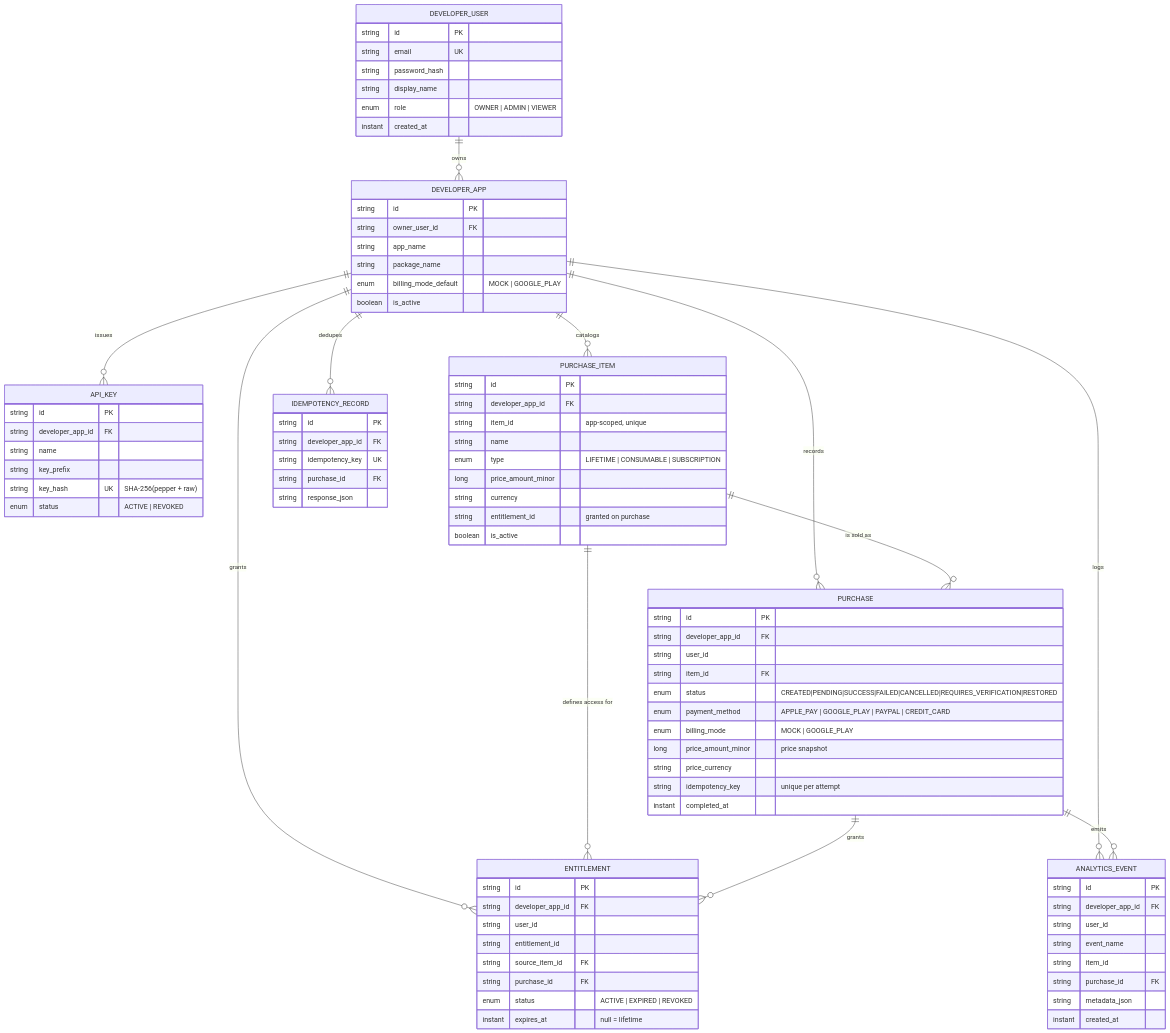
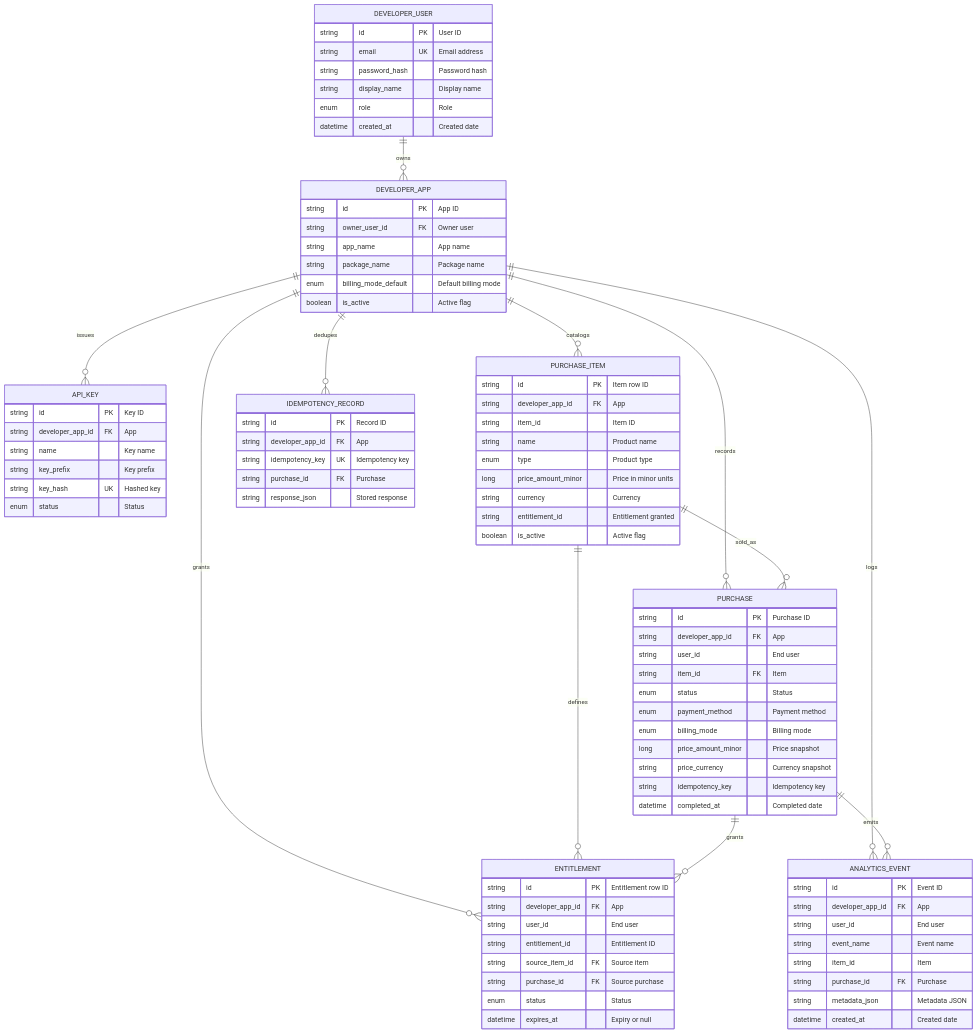
The diagram in README.md (ofekgki/IAPManagement), drawn with Mermaid before and after one commit. The commit also changed other lines of this file, not shown here.

Commit message:
Update ER diagram formatting and move enum definitions to a separate table

````diff
--- a/README.md
+++ b/README.md
@@ -141,90 +141,90 @@
 ```mermaid
 erDiagram
-    DEVELOPER_USER   ||--o{ DEVELOPER_APP      : "owns"
-    DEVELOPER_APP    ||--o{ API_KEY            : "issues"
-    DEVELOPER_APP    ||--o{ PURCHASE_ITEM      : "catalogs"
-    DEVELOPER_APP    ||--o{ PURCHASE           : "records"
-    DEVELOPER_APP    ||--o{ ENTITLEMENT        : "grants"
-    DEVELOPER_APP    ||--o{ ANALYTICS_EVENT    : "logs"
-    DEVELOPER_APP    ||--o{ IDEMPOTENCY_RECORD : "dedupes"
-    PURCHASE_ITEM    ||--o{ PURCHASE           : "is sold as"
-    PURCHASE_ITEM    ||--o{ ENTITLEMENT        : "defines access for"
-    PURCHASE         ||--o{ ENTITLEMENT        : "grants"
-    PURCHASE         ||--o{ ANALYTICS_EVENT    : "emits"
+    DEVELOPER_USER   ||--o{ DEVELOPER_APP      : owns
+    DEVELOPER_APP    ||--o{ API_KEY            : issues
+    DEVELOPER_APP    ||--o{ PURCHASE_ITEM      : catalogs
+    DEVELOPER_APP    ||--o{ PURCHASE           : records
+    DEVELOPER_APP    ||--o{ ENTITLEMENT        : grants
+    DEVELOPER_APP    ||--o{ ANALYTICS_EVENT    : logs
+    DEVELOPER_APP    ||--o{ IDEMPOTENCY_RECORD : dedupes
+    PURCHASE_ITEM    ||--o{ PURCHASE           : sold_as
+    PURCHASE_ITEM    ||--o{ ENTITLEMENT        : defines
+    PURCHASE         ||--o{ ENTITLEMENT        : grants
+    PURCHASE         ||--o{ ANALYTICS_EVENT    : emits
 
     DEVELOPER_USER {
-        string id PK
-        string email UK
-        string password_hash
-        string display_name
-        enum   role "OWNER | ADMIN | VIEWER"
-        instant created_at
+        string   id            PK "User ID"
+        string   email         UK "Email address"
+        string   password_hash    "Password hash"
+        string   display_name     "Display name"
+        enum     role             "Role"
+        datetime created_at        "Created date"
     }
     DEVELOPER_APP {
-        string id PK
-        string owner_user_id FK
-        string app_name
-        string package_name
-        enum   billing_mode_default "MOCK | GOOGLE_PLAY"
-        boolean is_active
+        string   id                  PK "App ID"
+        string   owner_user_id       FK "Owner user"
+        string   app_name               "App name"
+        string   package_name           "Package name"
+        enum     billing_mode_default   "Default billing mode"
+        boolean  is_active              "Active flag"
     }
     API_KEY {
-        string id PK
-        string developer_app_id FK
-        string name
-        string key_prefix
-        string key_hash UK "SHA-256(pepper + raw)"
-        enum   status "ACTIVE | REVOKED"
+        string   id               PK "Key ID"
+        string   developer_app_id FK "App"
+        string   name                "Key name"
+        string   key_prefix          "Key prefix"
+        string   key_hash         UK "Hashed key"
+        enum     status              "Status"
     }
     PURCHASE_ITEM {
-        string id PK
-        string developer_app_id FK
-        string item_id "app-scoped, unique"
-        string name
-        enum   type "LIFETIME | CONSUMABLE | SUBSCRIPTION"
-        long   price_amount_minor
-        string currency
-        string entitlement_id "granted on purchase"
-        boolean is_active
+        string   id                 PK "Item row ID"
+        string   developer_app_id   FK "App"
+        string   item_id               "Item ID"
+        string   name                  "Product name"
+        enum     type                  "Product type"
+        long     price_amount_minor    "Price in minor units"
+        string   currency              "Currency"
+        string   entitlement_id        "Entitlement granted"
+        boolean  is_active             "Active flag"
     }
     PURCHASE {
-        string id PK
-        string developer_app_id FK
-        string user_id
-        string item_id FK
-        enum   status "CREATED|PENDING|SUCCESS|FAILED|CANCELLED|REQUIRES_VERIFICATION|RESTORED"
-        enum   payment_method "APPLE_PAY | GOOGLE_PLAY | PAYPAL | CREDIT_CARD"
-        enum   billing_mode "MOCK | GOOGLE_PLAY"
-        long   price_amount_minor "price snapshot"
-        string price_currency
-        string idempotency_key "unique per attempt"
-        instant completed_at
+        string   id                 PK "Purchase ID"
+        string   developer_app_id   FK "App"
+        string   user_id               "End user"
+        string   item_id            FK "Item"
+        enum     status                "Status"
+        enum     payment_method        "Payment method"
+        enum     billing_mode          "Billing mode"
+        long     price_amount_minor    "Price snapshot"
+        string   price_currency        "Currency snapshot"
+        string   idempotency_key       "Idempotency key"
+        datetime completed_at          "Completed date"
     }
     ENTITLEMENT {
-        string id PK
-        string developer_app_id FK
-        string user_id
-        string entitlement_id
-        string source_item_id FK
-        string purchase_id FK
-        enum   status "ACTIVE | EXPIRED | REVOKED"
-        instant expires_at "null = lifetime"
+        string   id               PK "Entitlement row ID"
+        string   developer_app_id FK "App"
+        string   user_id             "End user"
+        string   entitlement_id      "Entitlement ID"
+        string   source_item_id   FK "Source item"
+        string   purchase_id      FK "Source purchase"
+        enum     status              "Status"
+        datetime expires_at          "Expiry or null"
     }
     ANALYTICS_EVENT {
-        string id PK
-        string developer_app_id FK
-        string user_id
-        string event_name
-        string item_id
-        string purchase_id FK
-        string metadata_json
-        instant created_at
+        string   id               PK "Event ID"
+        string   developer_app_id FK "App"
+        string   user_id             "End user"
+        string   event_name          "Event name"
+        string   item_id             "Item"
+        string   purchase_id      FK "Purchase"
+        string   metadata_json       "Metadata JSON"
+        datetime created_at          "Created date"
     }
     IDEMPOTENCY_RECORD {
-        string id PK
-        string developer_app_id FK
-        string idempotency_key UK
-        string purchase_id FK
-        string response_json
+        string   id               PK "Record ID"
+        string   developer_app_id FK "App"
+        string   idempotency_key  UK "Idempotency key"
+        string   purchase_id      FK "Purchase"
+        string   response_json       "Stored response"
     }
 ```
````
